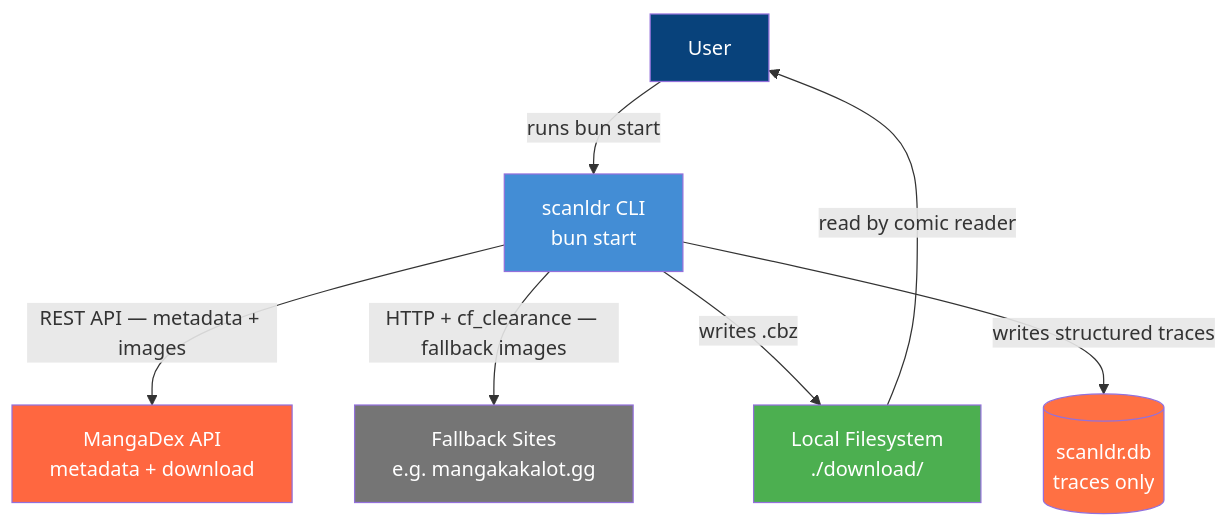
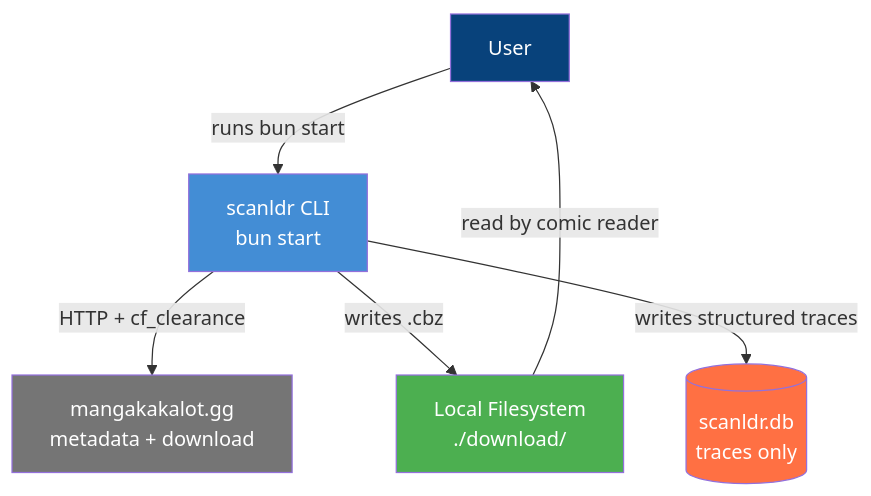
Before and after one commit to malaquiasdev/scanldr: the first of 2 diagrams in docs/architecture_c4.md, drawn with Mermaid. The commit also changed other lines of this file and 43 other files, not shown here.

````diff
--- a/docs/architecture_c4.md
+++ b/docs/architecture_c4.md
@@ -7,23 +9,20 @@
 ```mermaid
 graph TD
     User[User]
     CLI[scanldr CLI<br/>bun start]
-    MangaDex[MangaDex API<br/>metadata + download]
-    Fallback[Fallback Sites<br/>e.g. mangakakalot.gg]
+    Mangakakalot[mangakakalot.gg<br/>metadata + download]
     FS[Local Filesystem<br/>./download/]
     DB[(scanldr.db<br/>traces only)]
 
     User -->|runs bun start| CLI
-    CLI -->|REST API — metadata + images| MangaDex
-    CLI -->|HTTP + cf_clearance — fallback images| Fallback
+    CLI -->|HTTP + cf_clearance| Mangakakalot
     CLI -->|writes .cbz| FS
     CLI -->|writes structured traces| DB
     FS -->|read by comic reader| User
 
     style CLI fill:#438dd5,color:#fff
-    style MangaDex fill:#ff6740,color:#fff
-    style Fallback fill:#757575,color:#fff
+    style Mangakakalot fill:#757575,color:#fff
     style User fill:#08427b,color:#fff
     style FS fill:#4caf50,color:#fff
     style DB fill:#ff7043,color:#fff
 ```
````
